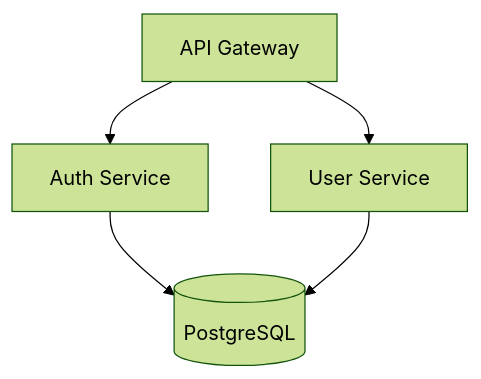
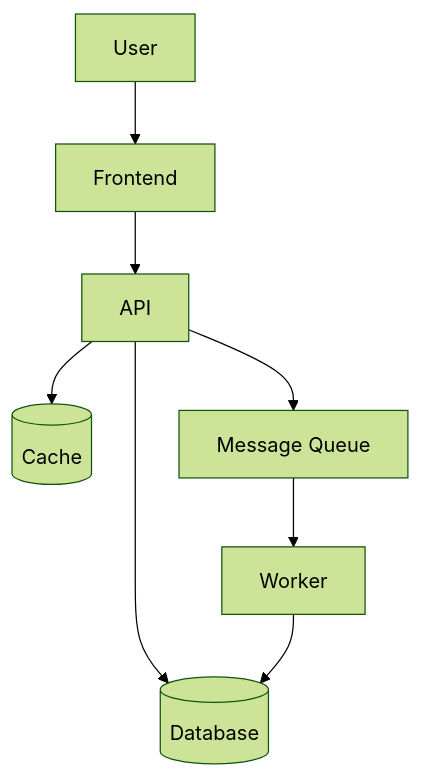
One commit to Joncik91/ucai changed the diagram in skills/senior-architect/SKILL.md. Above: the diagram before and after it, drawn with Mermaid (forest theme). The commit also changed other lines of this file and 3 other files, not shown here.

````diff
--- a/skills/senior-architect/SKILL.md
+++ b/skills/senior-architect/SKILL.md
@@ -74,7 +134,10 @@
 ```mermaid
 graph TD
-    A[API Gateway] --> B[Auth Service]
-    A --> C[User Service]
-    B --> D[(PostgreSQL)]
-    C --> D
+  User --> Frontend
+  Frontend --> API
+  API --> DB[(Database)]
+  API --> Cache[(Cache)]
+  API --> Queue[Message Queue]
+  Queue --> Worker
+  Worker --> DB
 ```
````
